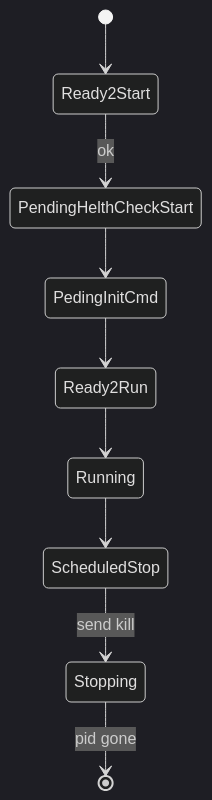
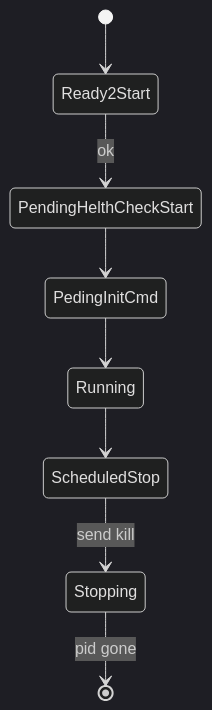
Before and after one commit to jleahred/procman: the diagram in README.md, drawn with Mermaid (dark theme). The commit also changed 5 other files, not shown here.

````diff
--- a/README.md
+++ b/README.md
@@ -225,11 +225,10 @@
 ```mermaid
 stateDiagram-v2
     [*] --> Ready2Start
     Ready2Start --> PendingHelthCheckStart: ok
     PendingHelthCheckStart --> PedingInitCmd
-    PedingInitCmd  -->  Ready2Run
-    Ready2Run --> Running
+    PedingInitCmd  -->  Running
     Running --> ScheduledStop
     ScheduledStop --> Stopping: send kill
     Stopping --> [*]: pid gone
 ```
````
